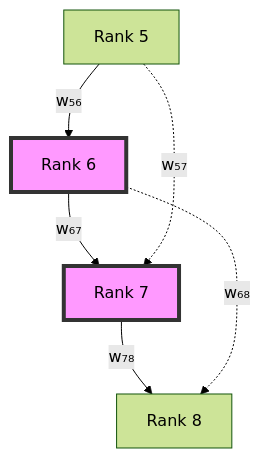
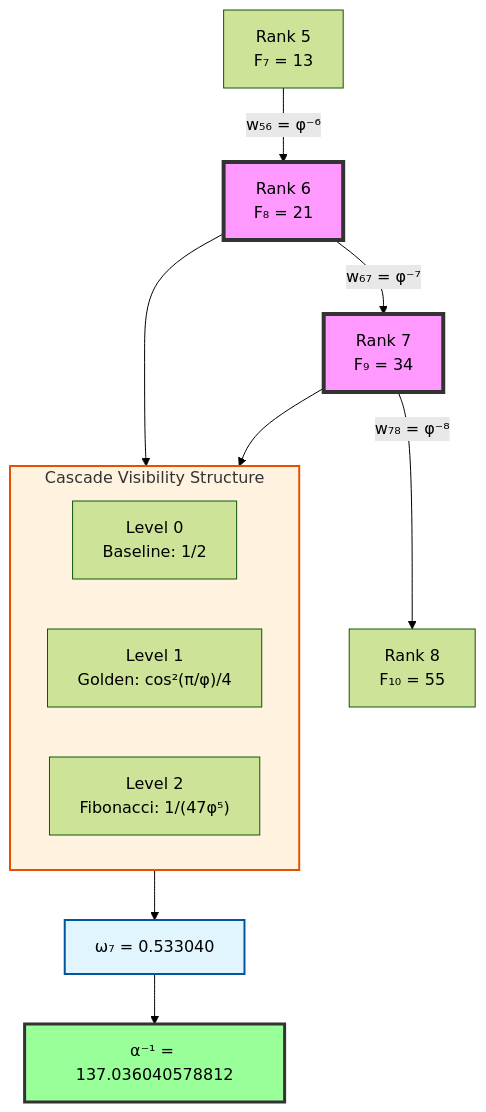
Before and after one commit to loning/the-phys: the first of 2 diagrams in docs/psi-constants/part-03-spectral-constants/chapter-033-alpha-average-collapse-weight-rank-paths.md, drawn with Mermaid (forest theme). The commit also changed other lines of this file and 2 other files, not shown here.

````diff
--- a/docs/psi-constants/part-03-spectral-constants/chapter-033-alpha-average-collapse-weight-rank-paths.md
+++ b/docs/psi-constants/part-03-spectral-constants/chapter-033-alpha-average-collapse-weight-rank-paths.md
@@ -276,16 +286,28 @@
 ```mermaid
 graph TD
-    R5["Rank 5"]
-    R6["Rank 6"]
-    R7["Rank 7"]
-    R8["Rank 8"]
+    R5["Rank 5<br/>F₇ = 13"]
+    R6["Rank 6<br/>F₈ = 21"]
+    R7["Rank 7<br/>F₉ = 34"] 
+    R8["Rank 8<br/>F₁₀ = 55"]
     
-    R5 -->|"w₅₆"| R6
-    R6 -->|"w₆₇"| R7
-    R7 -->|"w₇₈"| R8
-    R5 -.->|"w₅₇"| R7
-    R6 -.->|"w₆₈"| R8
+    R5 -->|"w₅₆ = φ⁻⁶"| R6
+    R6 -->|"w₆₇ = φ⁻⁷"| R7
+    R7 -->|"w₇₈ = φ⁻⁸"| R8
+    
+    subgraph CASCADE["Cascade Visibility Structure"]
+        L0["Level 0<br/>Baseline: 1/2"]
+        L1["Level 1<br/>Golden: cos²(π/φ)/4"]
+        L2["Level 2<br/>Fibonacci: 1/(47φ⁵)"]
+    end
+    
+    R6 --> CASCADE
+    R7 --> CASCADE
+    CASCADE --> OMEGA["ω₇ = 0.533040"]
+    OMEGA --> ALPHA["α⁻¹ = 137.036040578812"]
     
     style R6 fill:#f9f,stroke:#333,stroke-width:4px
     style R7 fill:#f9f,stroke:#333,stroke-width:4px
+    style CASCADE fill:#fff3e0,stroke:#e65100,stroke-width:2px
+    style OMEGA fill:#e1f5fe,stroke:#01579b,stroke-width:2px
+    style ALPHA fill:#9f9,stroke:#333,stroke-width:3px
 ```
````
